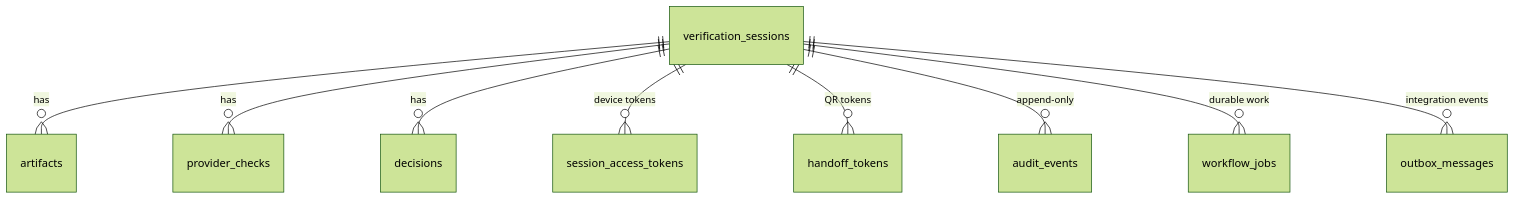
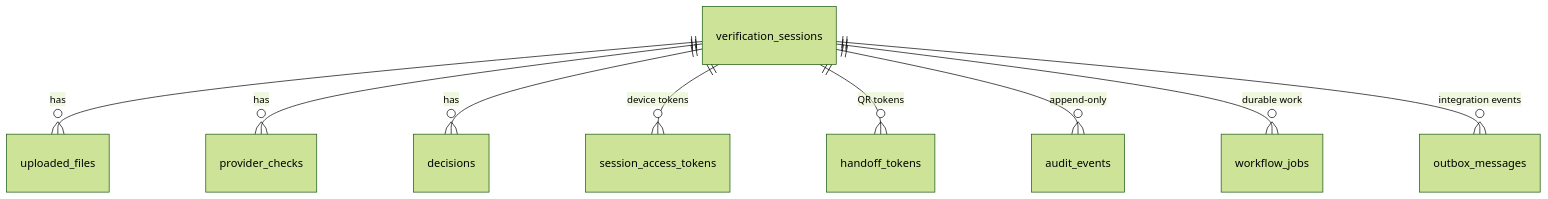
The fourth of 4 diagrams in docs/ARCHITECTURE.md (MSolarMP/mock-kyc-backend), drawn with Mermaid (forest theme) before and after one commit. The commit also changed other lines of this file and 33 other files, not shown here.

````diff
--- a/docs/ARCHITECTURE.md
+++ b/docs/ARCHITECTURE.md
@@ -149,11 +149,11 @@
 ```mermaid
 erDiagram
-    verification_sessions ||--o{ artifacts : has
+    verification_sessions ||--o{ uploaded_files : has
     verification_sessions ||--o{ provider_checks : has
     verification_sessions ||--o{ decisions : has
     verification_sessions ||--o{ session_access_tokens : "device tokens"
     verification_sessions ||--o{ handoff_tokens : "QR tokens"
     verification_sessions ||--o{ audit_events : "append-only"
     verification_sessions ||--o{ workflow_jobs : "durable work"
     verification_sessions ||--o{ outbox_messages : "integration events"
 ```
````
